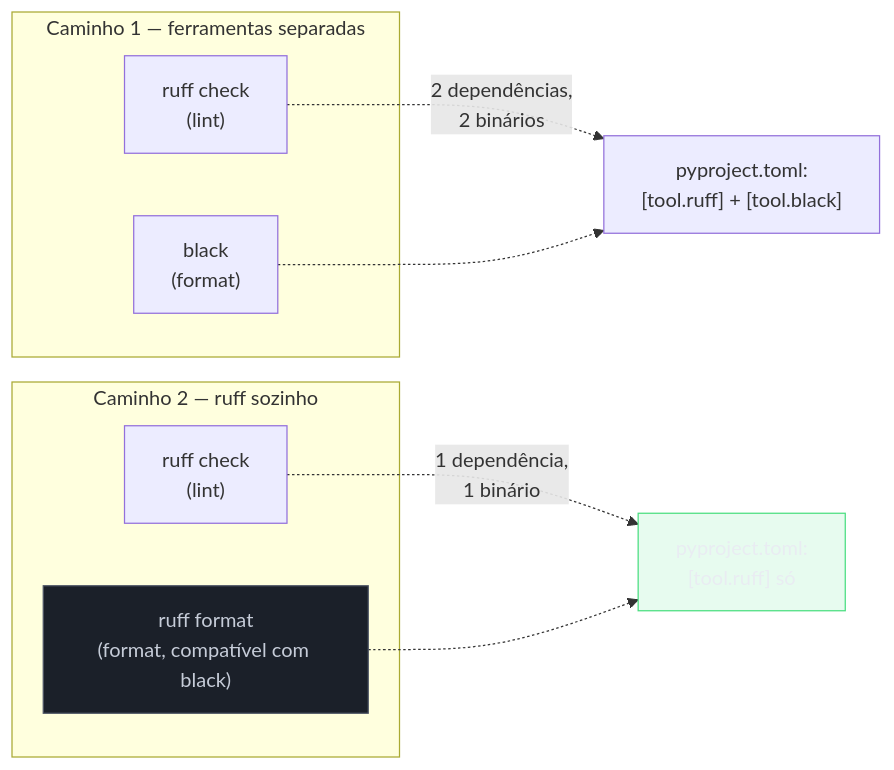
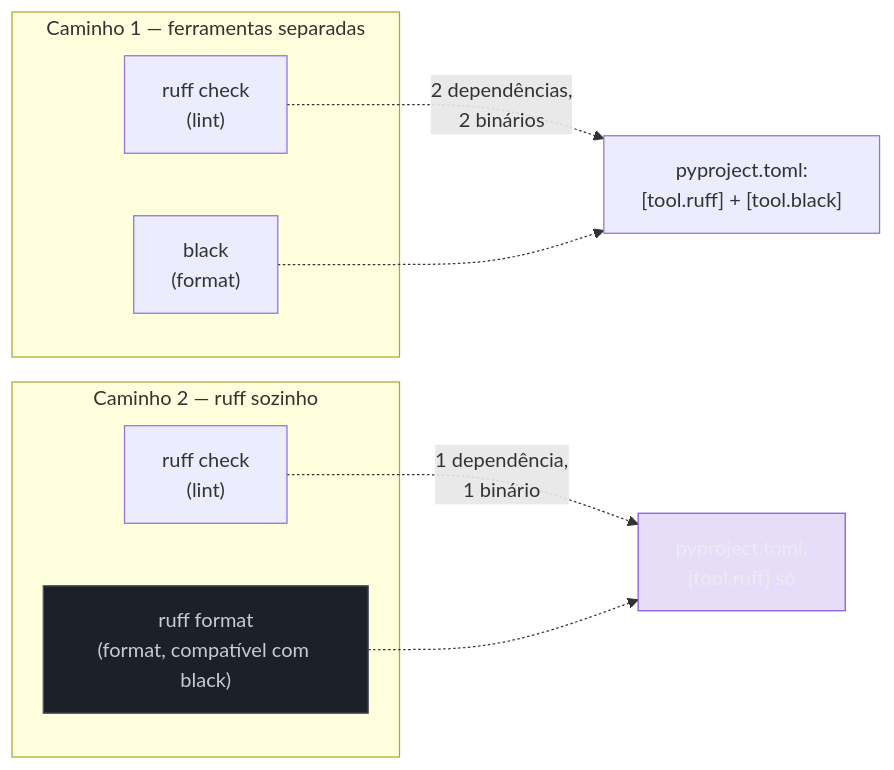
The second of 3 diagrams in 03-Dominios/Tecnologia/Python/Build e tooling/07 - ruff e black — linting e formatação automática.md (josenaldo/codex-technomanticus), drawn with Mermaid before and after one commit. The commit also changed other lines of this file and 601 other files, not shown here.

````diff
--- a/03-Dominios/Tecnologia/Python/Build e tooling/07 - ruff e black — linting e formatação automática.md
+++ b/03-Dominios/Tecnologia/Python/Build e tooling/07 - ruff e black — linting e formatação automática.md
@@ -166,22 +166,22 @@
 ```mermaid
 flowchart LR
+    classDef marca fill:#8855DF33,stroke:#8855DF,color:#E9ECF2
     classDef neutro fill:#1B2029,stroke:#4E5666,color:#C6CCD8
-    classDef ok fill:#4ADE8021,stroke:#4ADE80,color:#E9ECF2
     subgraph A["Caminho 1 — ferramentas separadas"]
         A1["ruff check<br/>(lint)"] 
         A2["black<br/>(format)"]
     end
 
     subgraph B["Caminho 2 — ruff sozinho"]
         B1["ruff check<br/>(lint)"]
         B2["ruff format<br/>(format, compatível com black)"]
     end
 
     A1 -.->|"2 dependências,<br/>2 binários"| RESULT_A["pyproject.toml:<br/>[tool.ruff] + [tool.black]"]
     A2 -.-> RESULT_A
     B1 -.->|"1 dependência,<br/>1 binário"| RESULT_B["pyproject.toml:<br/>[tool.ruff] só"]
     B2 -.-> RESULT_B
 
     class B2 neutro
-    class RESULT_B ok
+    class RESULT_B marca
 ```
````
